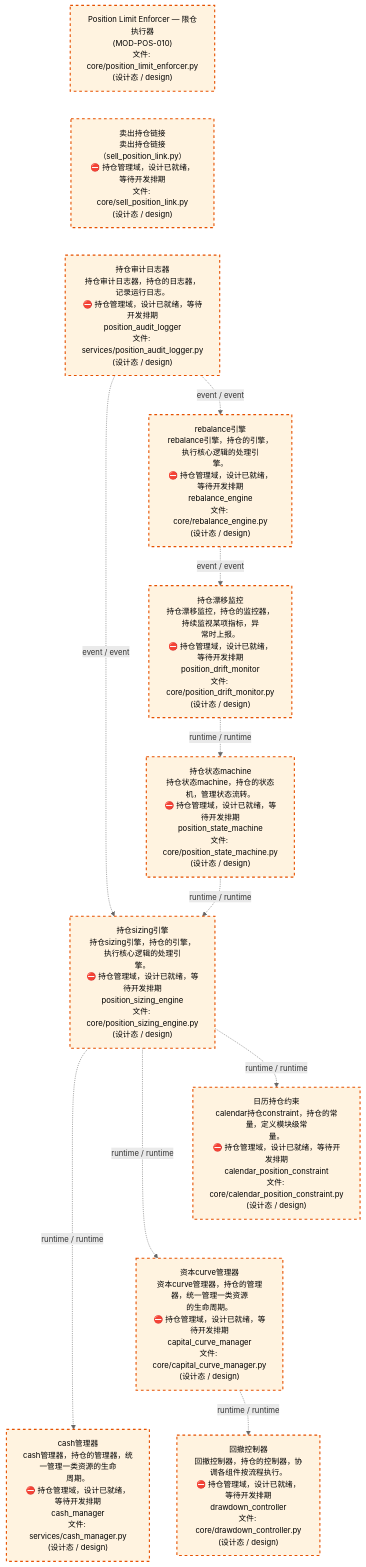
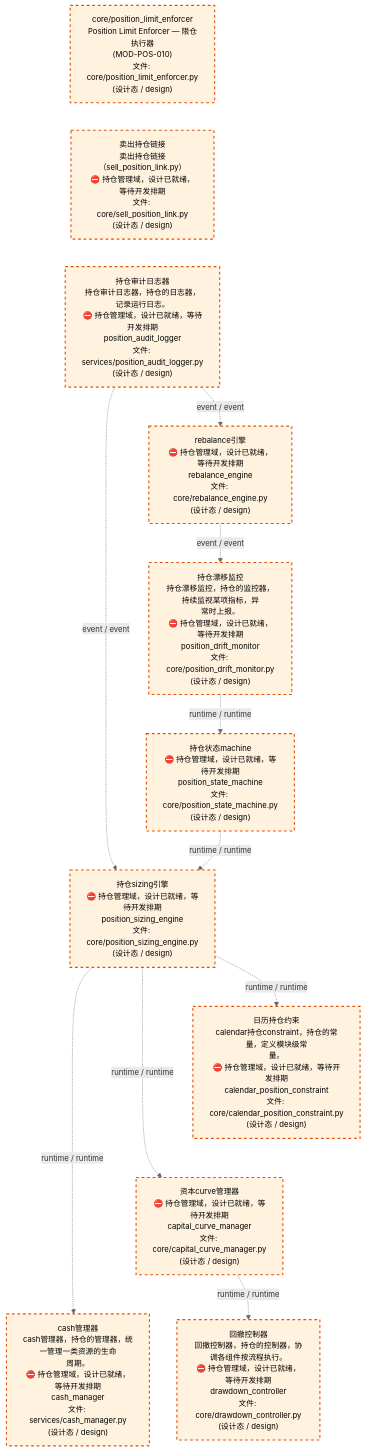
Before and after one commit to xuanFelixVan/ZephyrAlpha: the third of 4 diagrams in docs/02_enterprise_architecture/02_domain_architecture_docs/64_d_position.md, drawn with Mermaid. The commit also changed other lines of this file and 61 other files, not shown here.

````diff
--- a/docs/02_enterprise_architecture/02_domain_architecture_docs/64_d_position.md
+++ b/docs/02_enterprise_architecture/02_domain_architecture_docs/64_d_position.md
@@ -125,33 +125,33 @@
 ```mermaid
 %%{init: {'theme': 'base', 'themeVariables': {'primaryColor': '#eaeaea', 'primaryTextColor': '#333333', 'primaryBorderColor': '#666666', 'lineColor': '#666666', 'secondaryColor': '#eaeaea', 'tertiaryColor': '#eaeaea', 'fontSize': '14px'}}}%%
 flowchart TD
-    src_zephyr_position_core_position_limit_enforcer_py["Position Limit Enforcer — 限仓执行器<br/>(MOD-POS-010)<br/>文件: core/position_limit_enforcer.py<br/>(设计态 / design)"]
+    src_zephyr_position_core_position_limit_enforcer_py["core/position_limit_enforcer<br/>Position Limit Enforcer — 限仓执行器<br/>(MOD-POS-010)<br/>文件: core/position_limit_enforcer.py<br/>(设计态 / design)"]
     src_zephyr_position_core_sell_position_link_py["卖出持仓链接<br/>卖出持仓链接（sell_position_link.py）<br/>⛔ 持仓管理域，设计已就绪，等待开发排期<br/>文件: core/sell_position_link.py<br/>(设计态 / design)"]
     src_zephyr_position_services_position_audit_logger_py["持仓审计日志器<br/>持仓审计日志器，持仓的日志器，记录运行日志。<br/>⛔ 持仓管理域，设计已就绪，等待开发排期<br/>position_audit_logger<br/>文件: services/position_audit_logger.py<br/>(设计态 / design)"]
     src_zephyr_position_core_position_limit_enforcer_py ~~~ src_zephyr_position_core_sell_position_link_py
     src_zephyr_position_core_sell_position_link_py ~~~ src_zephyr_position_services_position_audit_logger_py
-    src_zephyr_position_core_rebalance_engine_py["rebalance引擎<br/>rebalance引擎，持仓的引擎，执行核心逻辑的处理引<br/>擎。<br/>⛔ 持仓管理域，设计已就绪，等待开发排期<br/>rebalance_engine<br/>文件: core/rebalance_engine.py<br/>(设计态 / design)"]
+    src_zephyr_position_core_rebalance_engine_py["rebalance引擎<br/>⛔ 持仓管理域，设计已就绪，等待开发排期<br/>rebalance_engine<br/>文件: core/rebalance_engine.py<br/>(设计态 / design)"]
     src_zephyr_position_core_position_drift_monitor_py["持仓漂移监控<br/>持仓漂移监控，持仓的监控器，持续监视某项指标，异<br/>常时上报。<br/>⛔ 持仓管理域，设计已就绪，等待开发排期<br/>position_drift_monitor<br/>文件: core/position_drift_monitor.py<br/>(设计态 / design)"]
-    src_zephyr_position_core_position_state_machine_py["持仓状态machine<br/>持仓状态machine，持仓的状态机，管理状态流转。<br/>⛔ 持仓管理域，设计已就绪，等待开发排期<br/>position_state_machine<br/>文件: core/position_state_machine.py<br/>(设计态 / design)"]
-    src_zephyr_position_core_position_sizing_engine_py["持仓sizing引擎<br/>持仓sizing引擎，持仓的引擎，执行核心逻辑的处理引<br/>擎。<br/>⛔ 持仓管理域，设计已就绪，等待开发排期<br/>position_sizing_engine<br/>文件: core/position_sizing_engine.py<br/>(设计态 / design)"]
+    src_zephyr_position_core_position_state_machine_py["持仓状态machine<br/>⛔ 持仓管理域，设计已就绪，等待开发排期<br/>position_state_machine<br/>文件: core/position_state_machine.py<br/>(设计态 / design)"]
+    src_zephyr_position_core_position_sizing_engine_py["持仓sizing引擎<br/>⛔ 持仓管理域，设计已就绪，等待开发排期<br/>position_sizing_engine<br/>文件: core/position_sizing_engine.py<br/>(设计态 / design)"]
     src_zephyr_position_core_calendar_position_constraint_py["日历持仓约束<br/>calendar持仓constraint，持仓的常量，定义模块级常<br/>量。<br/>⛔ 持仓管理域，设计已就绪，等待开发排期<br/>calendar_position_constraint<br/>文件: core/calendar_position_constraint.py<br/>(设计态 / design)"]
-    src_zephyr_position_core_capital_curve_manager_py["资本curve管理器<br/>资本curve管理器，持仓的管理器，统一管理一类资源<br/>的生命周期。<br/>⛔ 持仓管理域，设计已就绪，等待开发排期<br/>capital_curve_manager<br/>文件: core/capital_curve_manager.py<br/>(设计态 / design)"]
+    src_zephyr_position_core_capital_curve_manager_py["资本curve管理器<br/>⛔ 持仓管理域，设计已就绪，等待开发排期<br/>capital_curve_manager<br/>文件: core/capital_curve_manager.py<br/>(设计态 / design)"]
     src_zephyr_position_services_cash_manager_py["cash管理器<br/>cash管理器，持仓的管理器，统一管理一类资源的生命<br/>周期。<br/>⛔ 持仓管理域，设计已就绪，等待开发排期<br/>cash_manager<br/>文件: services/cash_manager.py<br/>(设计态 / design)"]
     src_zephyr_position_core_calendar_position_constraint_py ~~~ src_zephyr_position_core_capital_curve_manager_py
     src_zephyr_position_core_capital_curve_manager_py ~~~ src_zephyr_position_services_cash_manager_py
     src_zephyr_position_core_drawdown_controller_py["回撤控制器<br/>回撤控制器，持仓的控制器，协调各组件按流程执行。<br/>⛔ 持仓管理域，设计已就绪，等待开发排期<br/>drawdown_controller<br/>文件: core/drawdown_controller.py<br/>(设计态 / design)"]
     src_zephyr_position_core_position_sizing_engine_py -.->|runtime / runtime| src_zephyr_position_services_cash_manager_py
     src_zephyr_position_core_position_sizing_engine_py -.->|runtime / runtime| src_zephyr_position_core_capital_curve_manager_py
     src_zephyr_position_core_position_sizing_engine_py -.->|runtime / runtime| src_zephyr_position_core_calendar_position_constraint_py
     src_zephyr_position_core_position_state_machine_py -.->|runtime / runtime| src_zephyr_position_core_position_sizing_engine_py
     src_zephyr_position_core_position_drift_monitor_py -.->|runtime / runtime| src_zephyr_position_core_position_state_machine_py
     src_zephyr_position_core_rebalance_engine_py -.->|event / event| src_zephyr_position_core_position_drift_monitor_py
     src_zephyr_position_core_capital_curve_manager_py -.->|runtime / runtime| src_zephyr_position_core_drawdown_controller_py
     src_zephyr_position_services_position_audit_logger_py -.->|event / event| src_zephyr_position_core_position_sizing_engine_py
     src_zephyr_position_services_position_audit_logger_py -.->|event / event| src_zephyr_position_core_rebalance_engine_py
     classDef production fill:#e1f5fe,stroke:#01579b,stroke-width:2px,color:#000
     classDef design fill:#fff3e0,stroke:#e65100,stroke-width:2px,color:#000,stroke-dasharray: 5 5
     classDef external_prod fill:#e8f4fd,stroke:#0277bd,stroke-width:1px,color:#000
     classDef external_design fill:#fff8e7,stroke:#ef6c00,stroke-width:1px,color:#000,stroke-dasharray: 5 5
     class src_zephyr_position_core_calendar_position_constraint_py,src_zephyr_position_core_capital_curve_manager_py,src_zephyr_position_core_drawdown_controller_py,src_zephyr_position_core_position_drift_monitor_py,src_zephyr_position_core_position_limit_enforcer_py,src_zephyr_position_core_position_sizing_engine_py,src_zephyr_position_core_position_state_machine_py,src_zephyr_position_core_rebalance_engine_py,src_zephyr_position_core_sell_position_link_py,src_zephyr_position_services_cash_manager_py,src_zephyr_position_services_position_audit_logger_py design
 ```
````
